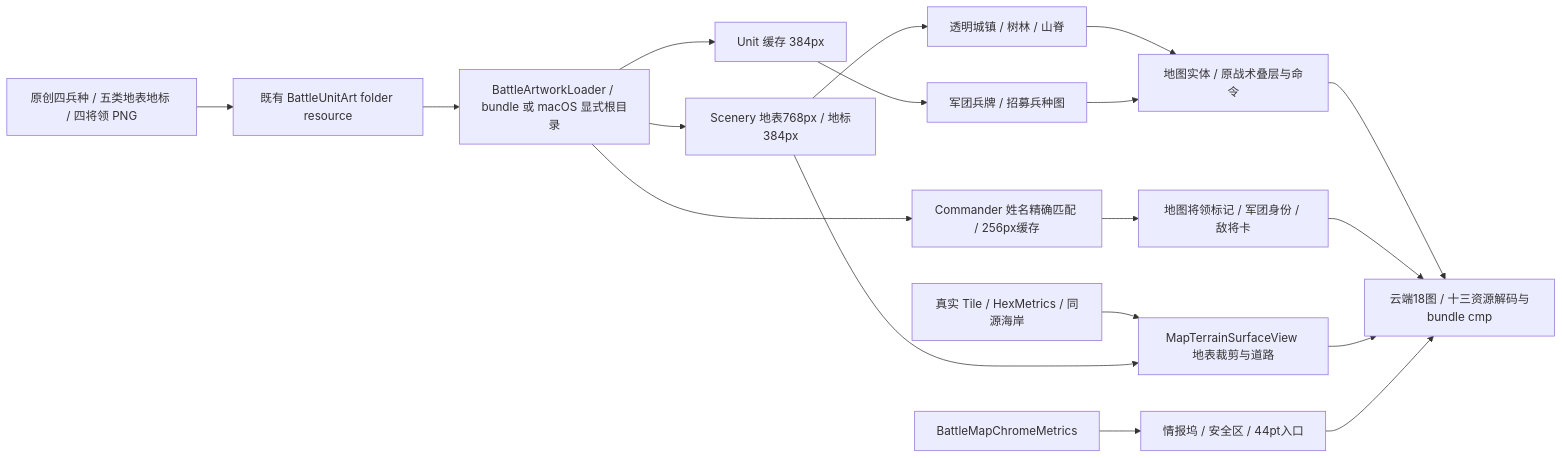
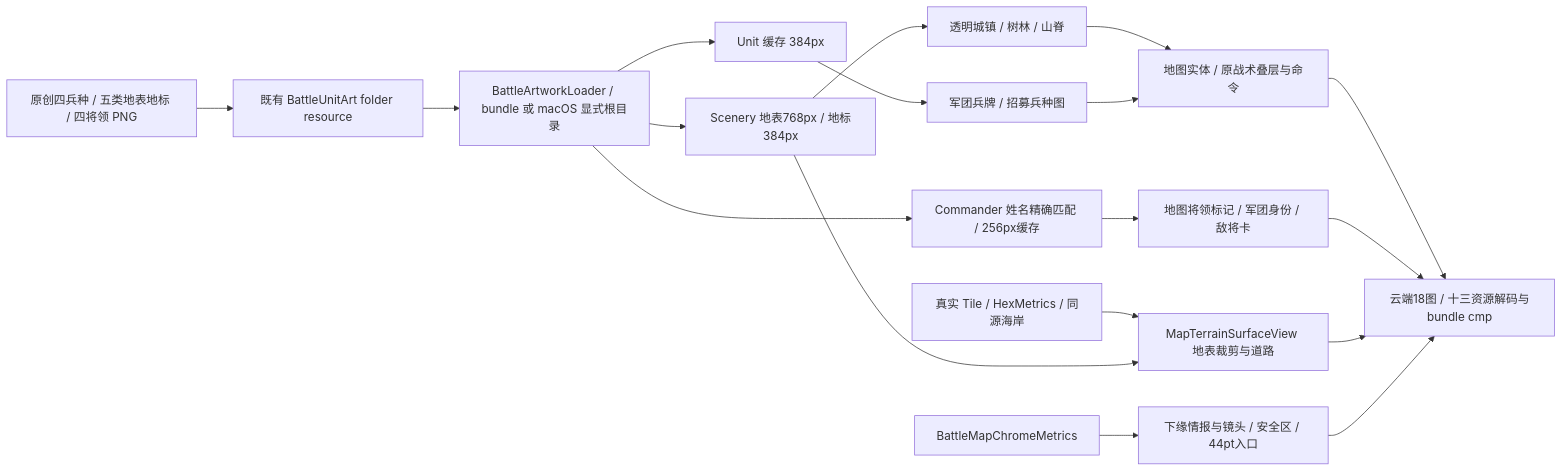
One commit to Altman-sam114/119 changed the second of 26 diagrams in md/flow/flowchart.md. Above: the diagram before and after it, drawn with Mermaid. The commit also changed other lines of this file and 8 other files, not shown here.

Commit message:
Give the battle map more screen space

````diff
--- a/md/flow/flowchart.md
+++ b/md/flow/flowchart.md
@@ -21,20 +21,20 @@
 ```mermaid
 flowchart LR
     P[原创四兵种 / 五类地表地标 / 四将领 PNG] --> R[既有 BattleUnitArt folder resource]
     R --> L[BattleArtworkLoader / bundle 或 macOS 显式根目录]
     L --> U[Unit 缓存 384px]
     L --> S[Scenery 地表768px / 地标384px]
     L --> G[Commander 姓名精确匹配 / 256px缓存]
     G --> I[地图将领标记 / 军团身份 / 敌将卡]
     T[真实 Tile / HexMetrics / 同源海岸] --> M[MapTerrainSurfaceView 地表裁剪与道路]
     S --> M
     S --> E[透明城镇 / 树林 / 山脊]
     U --> A[军团兵牌 / 招募兵种图]
     E --> V[地图实体 / 原战术叠层与命令]
     A --> V
-    C[BattleMapChromeMetrics] --> H[情报坞 / 安全区 / 44pt入口]
+    C[BattleMapChromeMetrics] --> H[下缘情报与镜头 / 安全区 / 44pt入口]
     V --> Q[云端18图 / 十三资源解码与bundle cmp]
     I --> Q
     M --> Q
     H --> Q
 ```
````
